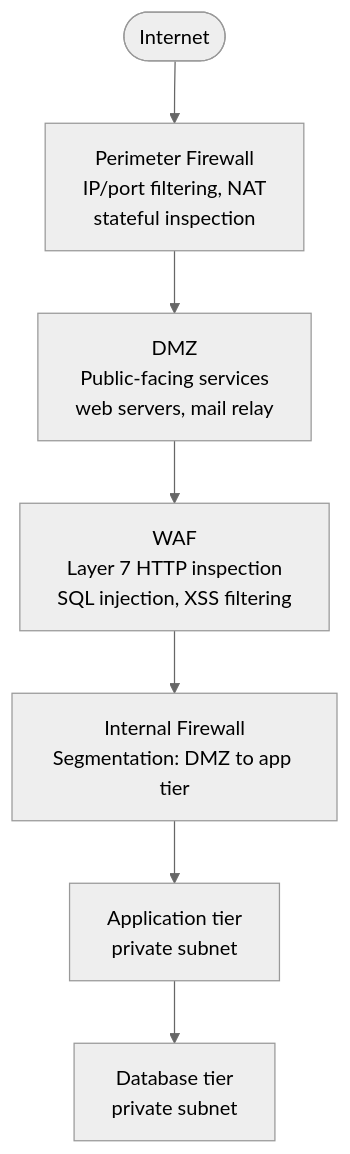
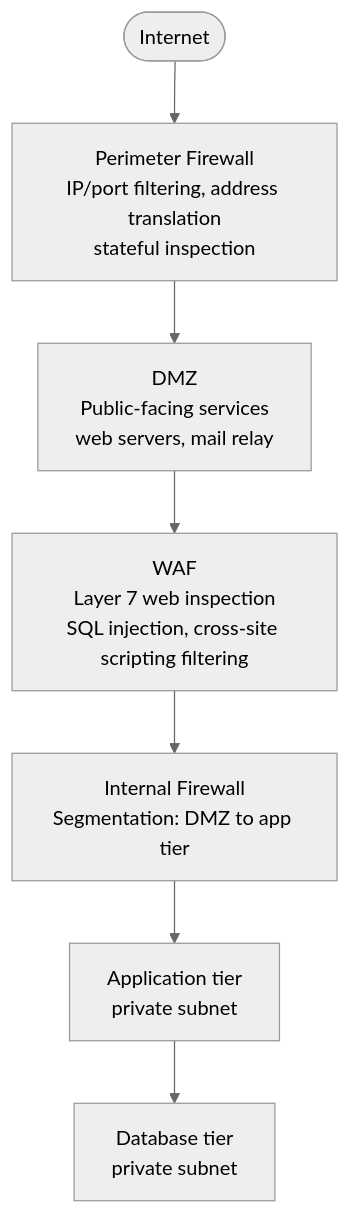
The third of 8 diagrams in src/content/docs/lectures/network-services-and-application-delivery.mdx (adulbrich/cs312), drawn with Mermaid (neutral theme) before and after one commit. The commit also changed other lines of this file, not shown here.

````diff
--- a/src/content/docs/lectures/network-services-and-application-delivery.mdx
+++ b/src/content/docs/lectures/network-services-and-application-delivery.mdx
@@ -148,17 +150,17 @@
 ```mermaid
 flowchart TB
   Internet(["Internet"])
-  PF["Perimeter Firewall\nIP/port filtering, NAT\nstateful inspection"]
+  PF["Perimeter Firewall\nIP/port filtering, address translation\nstateful inspection"]
   DMZ["DMZ\nPublic-facing services\nweb servers, mail relay"]
-  WAF["WAF\nLayer 7 HTTP inspection\nSQL injection, XSS filtering"]
+  WAF["WAF\nLayer 7 web inspection\nSQL injection, cross-site scripting filtering"]
   IF["Internal Firewall\nSegmentation: DMZ to app tier"]
   App["Application tier\nprivate subnet"]
   DB["Database tier\nprivate subnet"]
 
   Internet --> PF
   PF --> DMZ
   DMZ --> WAF
   WAF --> IF
   IF --> App
   App --> DB
 ```
````
